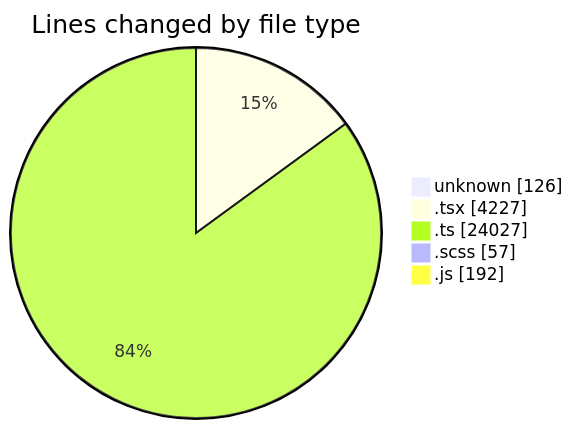
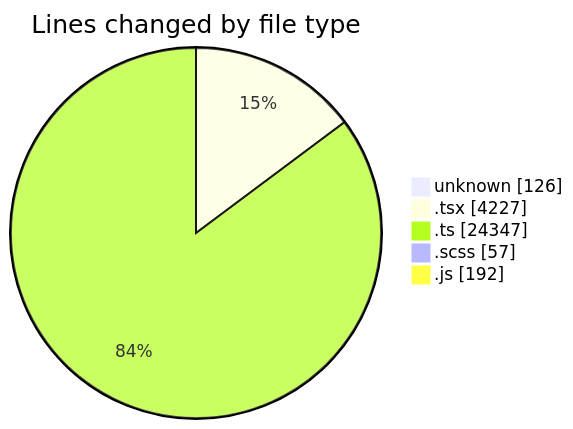
Before and after one commit to momahboobian/code-tracking: the first of 2 diagrams in 2026-09-23/cda/README.md, drawn with Mermaid. The commit also changed other lines of this file and 1 other file, not shown here.

````diff
--- a/2026-09-23/cda/README.md
+++ b/2026-09-23/cda/README.md
@@ -54,9 +55,9 @@
 ```mermaid
 pie showData
 title Lines changed by file type
 "unknown" : 126
 ".tsx" : 4227
-".ts" : 24027
+".ts" : 24347
 ".scss" : 57
 ".js" : 192
 ```
````
